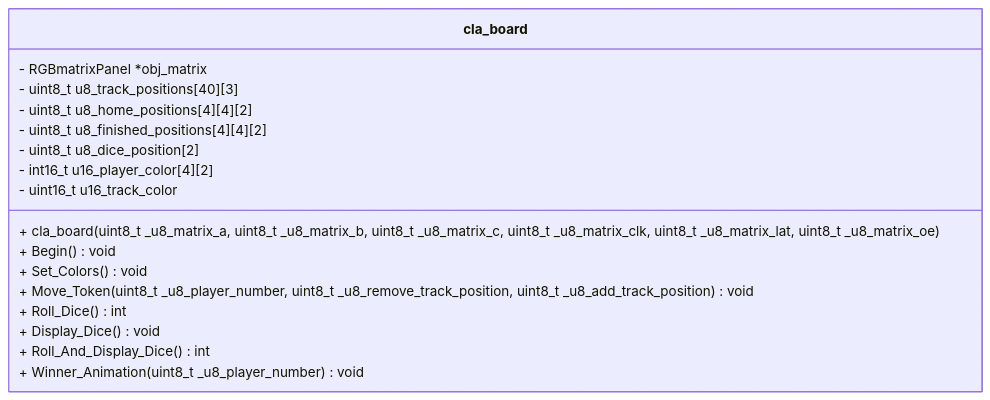
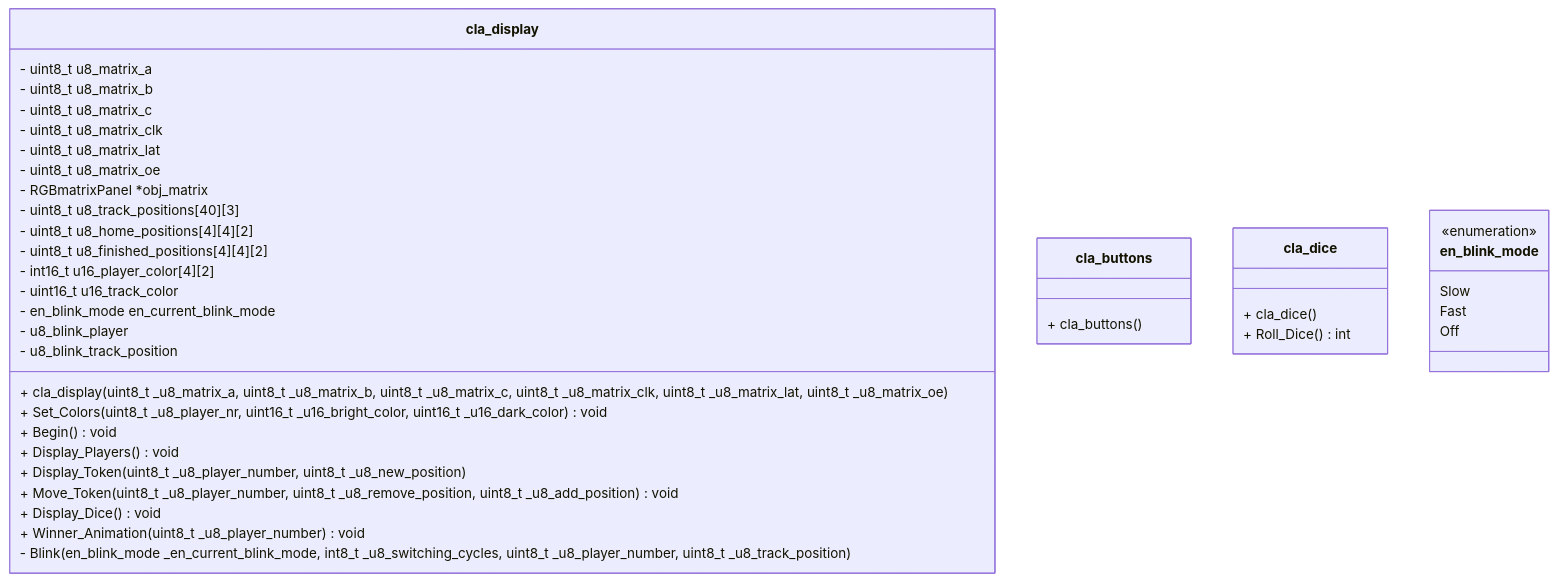
Before and after one commit to lukas1-12/Arduino_DHBW_Spiel: the fourth of 4 diagrams in Design_Description/Software_Architecture/DOC_DED_SOA_Software_Architecture.md, drawn with Mermaid. The commit also changed other lines of this file, not shown here.

Commit message:
Impoved ASL structure

````diff
--- a/Design_Description/Software_Architecture/DOC_DED_SOA_Software_Architecture.md
+++ b/Design_Description/Software_Architecture/DOC_DED_SOA_Software_Architecture.md
@@ -260,21 +259,43 @@
 ```mermaid
   classDiagram
-  class cla_board {
+  class cla_display {
+        - uint8_t u8_matrix_a
+        - uint8_t u8_matrix_b
+        - uint8_t u8_matrix_c
+        - uint8_t u8_matrix_clk
+        - uint8_t u8_matrix_lat
+        - uint8_t u8_matrix_oe
         - RGBmatrixPanel *obj_matrix
         - uint8_t u8_track_positions[40][3]
         - uint8_t u8_home_positions[4][4][2]
         - uint8_t u8_finished_positions[4][4][2]
-        - uint8_t u8_dice_position[2]
         - int16_t u16_player_color[4][2]
         - uint16_t u16_track_color
+        - en_blink_mode en_current_blink_mode
+        - u8_blink_player
+        - u8_blink_track_position
 
-        + cla_board(uint8_t _u8_matrix_a, uint8_t _u8_matrix_b, uint8_t _u8_matrix_c, uint8_t _u8_matrix_clk, uint8_t _u8_matrix_lat, uint8_t _u8_matrix_oe)
+        + cla_display(uint8_t _u8_matrix_a, uint8_t _u8_matrix_b, uint8_t _u8_matrix_c, uint8_t _u8_matrix_clk, uint8_t _u8_matrix_lat, uint8_t _u8_matrix_oe)
+        + Set_Colors(uint8_t _u8_player_nr, uint16_t _u16_bright_color, uint16_t _u16_dark_color) void
         + Begin() void
-        + Set_Colors() void
-        + Move_Token(uint8_t _u8_player_number, uint8_t _u8_remove_track_position, uint8_t _u8_add_track_position) void
+        + Display_Players() void
+        + Display_Token(uint8_t _u8_player_number, uint8_t _u8_new_position)
+        + Move_Token(uint8_t _u8_player_number, uint8_t _u8_remove_position, uint8_t _u8_add_position) void
+        + Display_Dice() void
+        + Winner_Animation(uint8_t _u8_player_number) void
+        - Blink(en_blink_mode _en_current_blink_mode, int8_t _u8_switching_cycles, uint8_t _u8_player_number, uint8_t _u8_track_position)
+    }
+    class cla_buttons{
+        + cla_buttons()
+    }
+    class cla_dice{
+        + cla_dice()
         + Roll_Dice() int
-        + Display_Dice() void
-        + Roll_And_Display_Dice() int
-        + Winner_Animation(uint8_t _u8_player_number) void
+    }
+    class en_blink_mode{
+        <<enumeration>>
+        Slow
+        Fast
+        Off
     }
 ```
````
